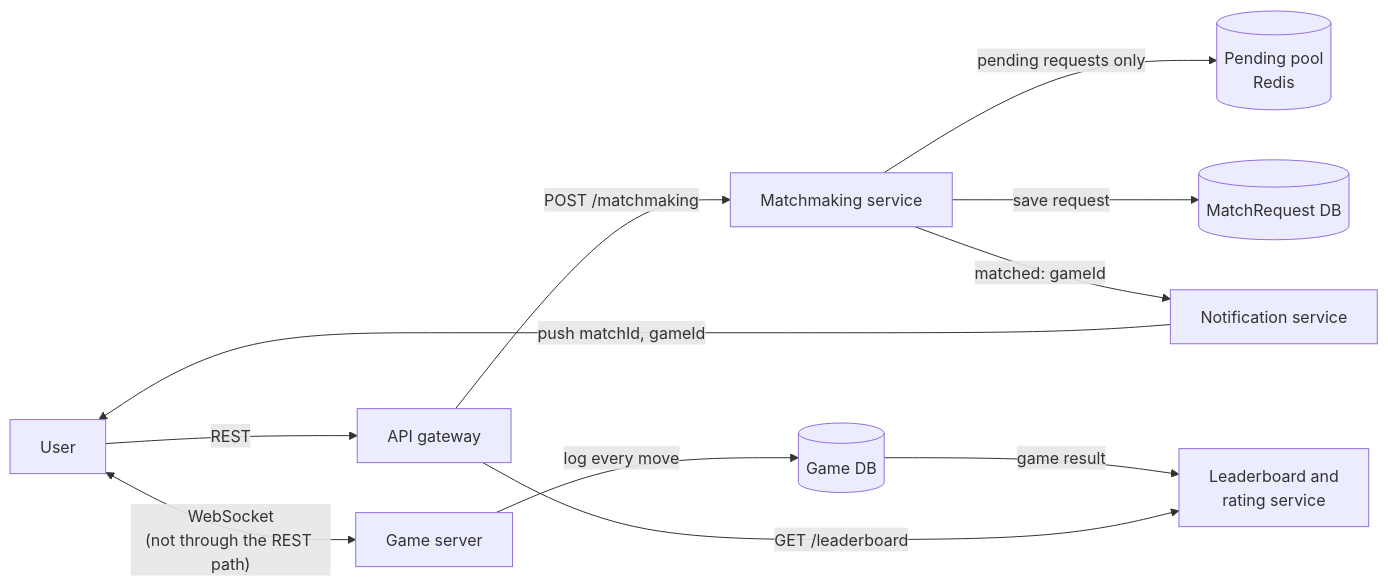
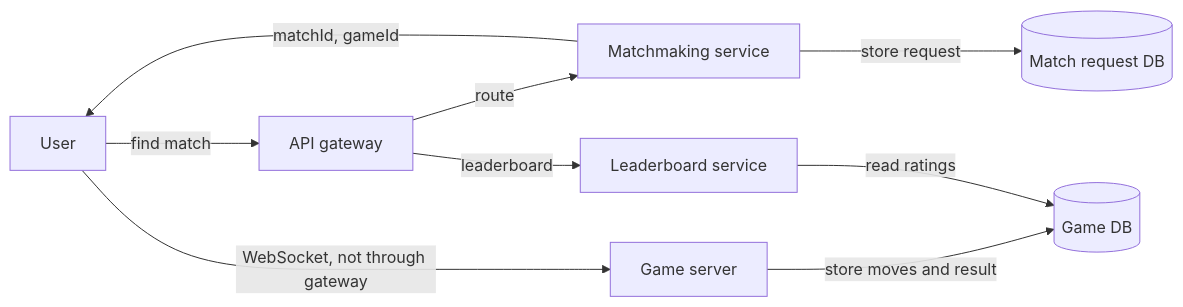
The first of 2 diagrams in hld/25-chess.md (aaryan-pradhan/core-cs-fundamentals), drawn with Mermaid before and after one commit. The commit also changed other lines of this file, not shown here.

````diff
--- a/hld/25-chess.md
+++ b/hld/25-chess.md
@@ -102,13 +48,11 @@
 ```mermaid
 flowchart LR
-    U["User"] -->|"REST"| GW["API gateway"]
-    GW -->|"POST /matchmaking"| MM["Matchmaking service"]
-    MM -->|"pending requests only"| PR[("Pending pool<br/>Redis")]
-    MM -->|"save request"| MDB[("MatchRequest DB")]
-    MM -->|"matched: gameId"| NS["Notification service"]
-    NS -->|"push matchId, gameId"| U
-    U <-->|"WebSocket<br/>(not through the REST path)"| GS["Game server"]
-    GS -->|"log every move"| GDB[("Game DB")]
-    GDB -->|"game result"| LB["Leaderboard and<br/>rating service"]
-    GW -->|"GET /leaderboard"| LB
+    U["User"] -->|"find match"| GW["API gateway"]
+    GW -->|"route"| MM["Matchmaking service"]
+    MM -->|"store request"| MDB[("Match request DB")]
+    MM -->|"matchId, gameId"| U
+    U -->|"WebSocket, not through gateway"| GS["Game server"]
+    GS -->|"store moves and result"| GDB[("Game DB")]
+    GW -->|"leaderboard"| LBS["Leaderboard service"]
+    LBS -->|"read ratings"| GDB
 ```
````
